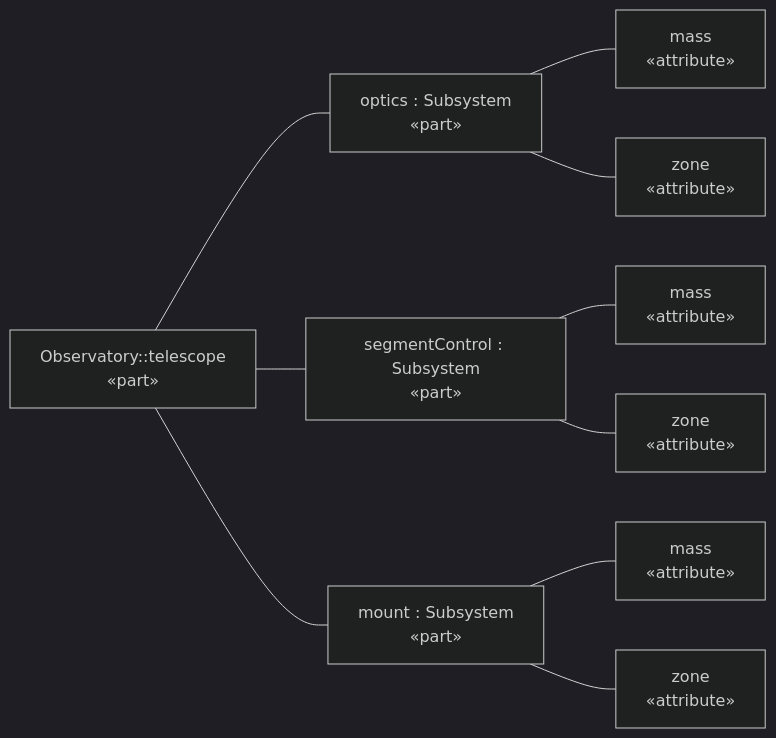
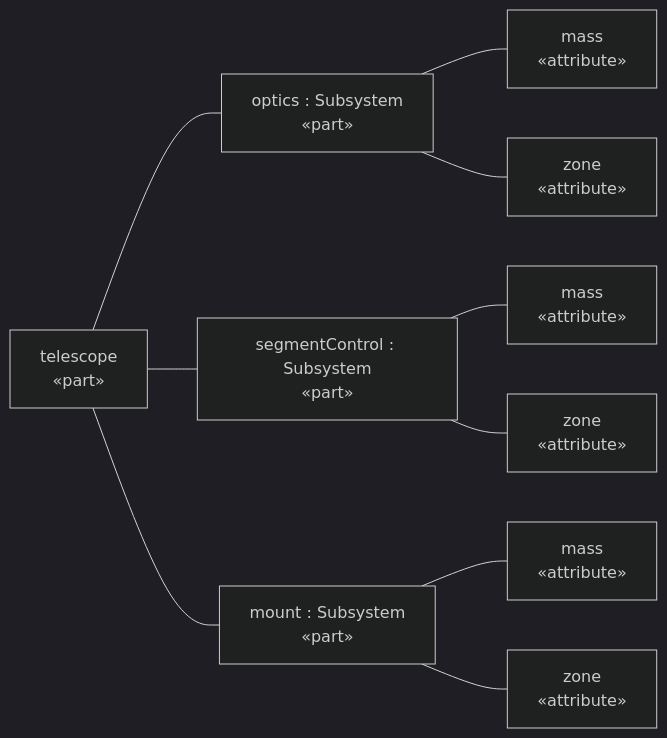
The second of 2 diagrams in docs/manual/examples/observatory.md (Open-MBEE/OpenSysML), drawn with Mermaid (dark theme) before and after one commit. The commit also changed other lines of this file and 52 other files, not shown here.

First line of the commit message:
fix(view): head graphical roots relative to their shared namespace, types by their own name

````diff
--- a/docs/manual/examples/observatory.md
+++ b/docs/manual/examples/observatory.md
@@ -78,23 +78,23 @@
 ```mermaid
 %% tree rendering (the diagram states kind "tree")
 flowchart LR
-  n0["Observatory::telescope<br>«part»"]
+  n0["telescope<br>«part»"]
   n1["optics : Subsystem<br>«part»"]
   n2["mass<br>«attribute»"]
   n1 --- n2
   n3["zone<br>«attribute»"]
   n1 --- n3
   n0 --- n1
   n4["segmentControl : Subsystem<br>«part»"]
   n5["mass<br>«attribute»"]
   n4 --- n5
   n6["zone<br>«attribute»"]
   n4 --- n6
   n0 --- n4
   n7["mount : Subsystem<br>«part»"]
   n8["mass<br>«attribute»"]
   n7 --- n8
   n9["zone<br>«attribute»"]
   n7 --- n9
   n0 --- n7
 ```
````
